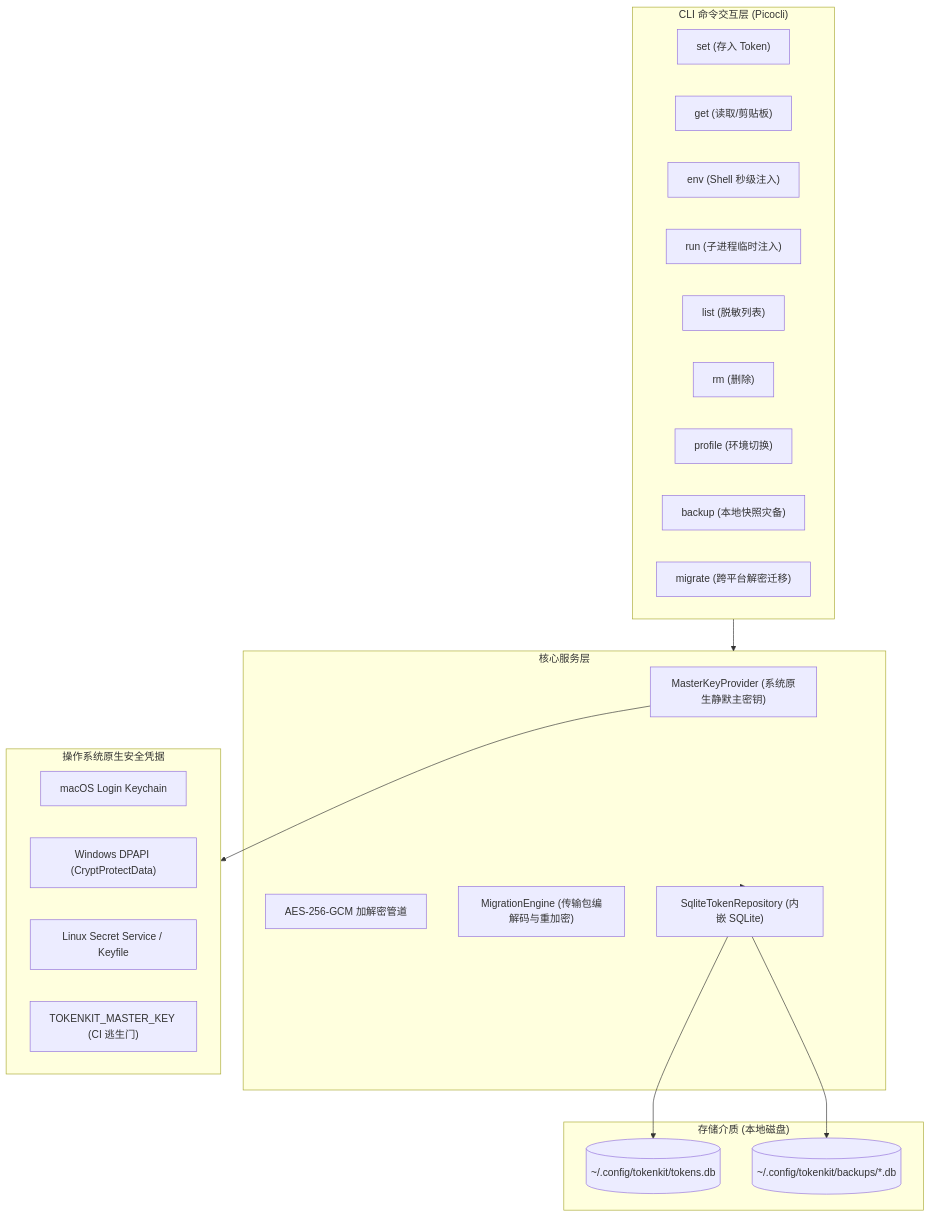
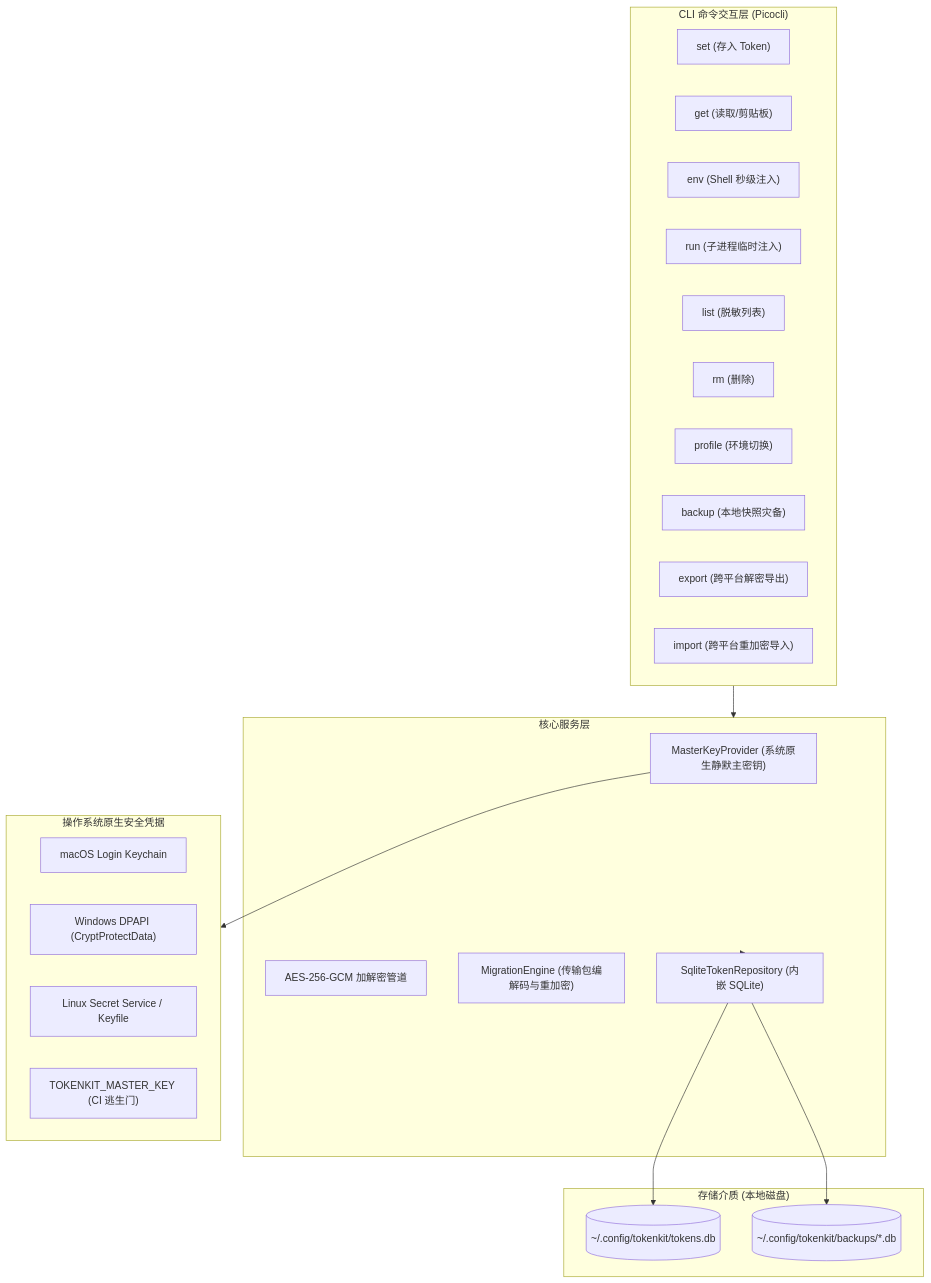
The diagram in docs/superpowers/specs/2026-10-17-tokenkit-design.md (lihuu/li-tools), drawn with Mermaid before and after one commit. The commit also changed other lines of this file and 1 other file, not shown here.

Commit message:
docs(tokenkit): streamline export/import commands, add auto-naming, skip-by-default, and terminal color specifications

````diff
--- a/docs/superpowers/specs/2026-10-17-tokenkit-design.md
+++ b/docs/superpowers/specs/2026-10-17-tokenkit-design.md
@@ -33,39 +33,40 @@
 ```mermaid
 flowchart TD
     subgraph CLI_Interface["CLI 命令交互层 (Picocli)"]
         CmdSet["set (存入 Token)"]
         CmdGet["get (读取/剪贴板)"]
         CmdEnv["env (Shell 秒级注入)"]
         CmdRun["run (子进程临时注入)"]
         CmdList["list (脱敏列表)"]
         CmdRm["rm (删除)"]
         CmdProfile["profile (环境切换)"]
         CmdBackup["backup (本地快照灾备)"]
-        CmdMigrate["migrate (跨平台解密迁移)"]
+        CmdExport["export (跨平台解密导出)"]
+        CmdImport["import (跨平台重加密导入)"]
     end
 
     subgraph Core_Services["核心服务层"]
         KeyManager["MasterKeyProvider (系统原生静默主密钥)"]
         CryptoService["AES-256-GCM 加解密管道"]
         MigrationService["MigrationEngine (传输包编解码与重加密)"]
         StorageService["SqliteTokenRepository (内嵌 SQLite)"]
     end
 
     subgraph OS_Security["操作系统原生安全凭据"]
         MacKeychain["macOS Login Keychain"]
         WinDPAPI["Windows DPAPI (CryptProtectData)"]
         LinuxSecret["Linux Secret Service / Keyfile"]
         EnvEscape["TOKENKIT_MASTER_KEY (CI 逃生门)"]
     end
 
     subgraph Storage_Layer["存储介质 (本地磁盘)"]
         DB[(~/.config/tokenkit/tokens.db)]
         Backups[(~/.config/tokenkit/backups/*.db)]
     end
 
     CLI_Interface --> Core_Services
     KeyManager --> OS_Security
     Core_Services --> StorageService
     StorageService --> DB
     StorageService --> Backups
 ```
````
